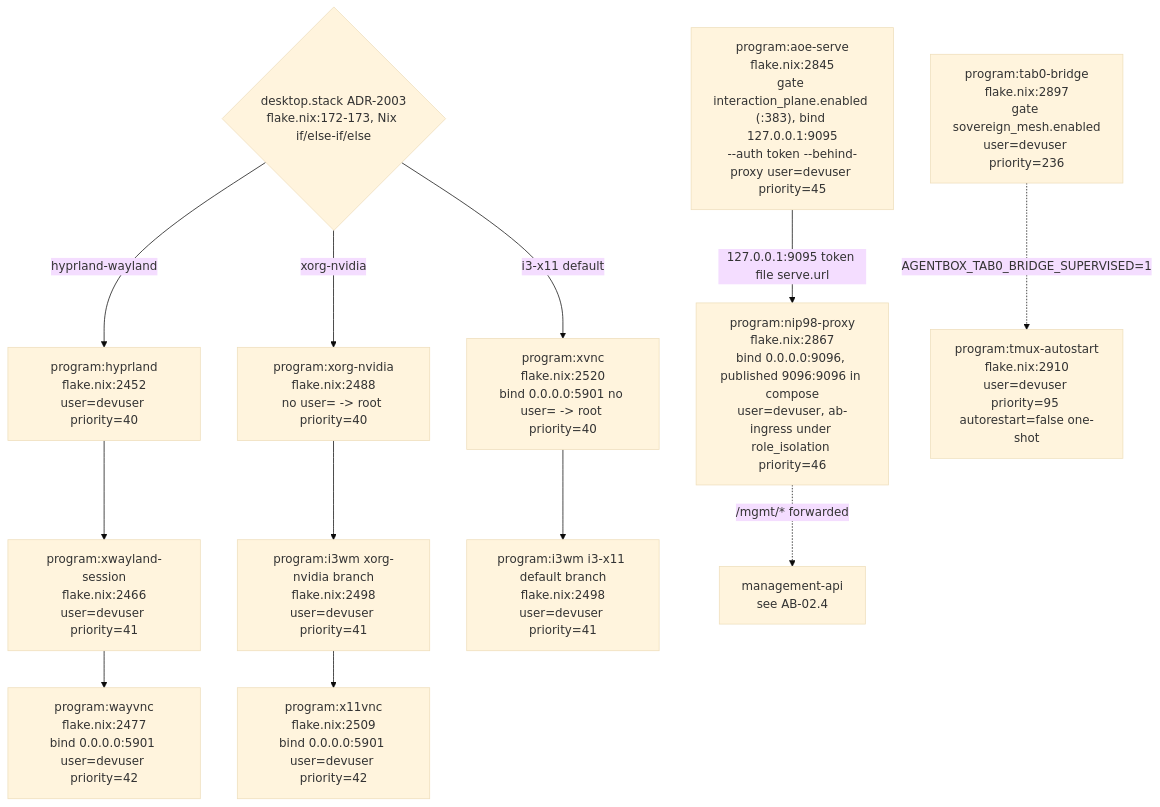
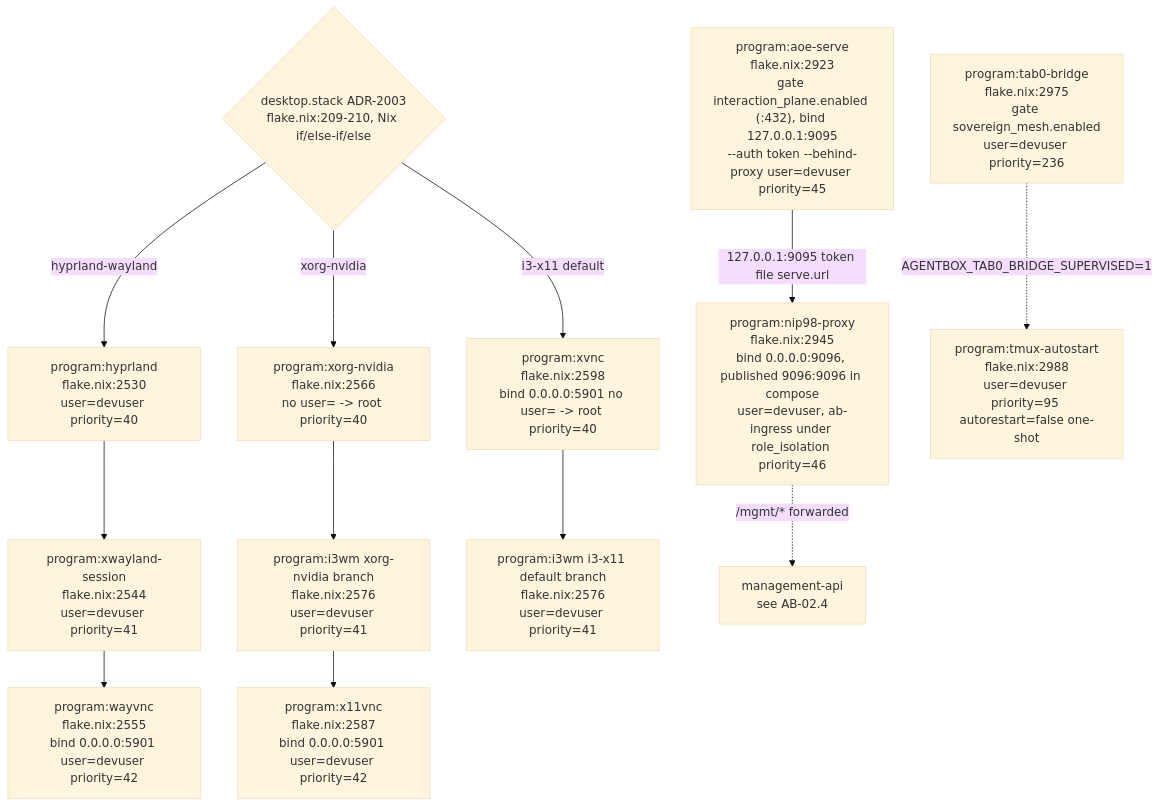
One commit to DreamLab-AI/VisionFlow changed the sixth of 21 diagrams in docs/diagrams/agentbox/02-boot-sequence-and-readiness.md. Above: the diagram before and after it, drawn with Mermaid (base theme). The commit also changed other lines of this file and 160 other files, not shown here.

````diff
--- a/docs/diagrams/agentbox/02-boot-sequence-and-readiness.md
+++ b/docs/diagrams/agentbox/02-boot-sequence-and-readiness.md
@@ -301,23 +322,23 @@
 ```mermaid
 flowchart TB
-    GATESTACK{"desktop.stack ADR-2003<br/>flake.nix:172-173, Nix if/else-if/else"}
-    HYPR["program:hyprland<br/>flake.nix:2452<br/>user=devuser priority=40"]
-    XWAY["program:xwayland-session<br/>flake.nix:2466<br/>user=devuser priority=41"]
-    WAYVNC["program:wayvnc<br/>flake.nix:2477<br/>bind 0.0.0.0:5901 user=devuser priority=42"]
-    XORG["program:xorg-nvidia<br/>flake.nix:2488<br/>no user= -&gt; root priority=40"]
-    I3A["program:i3wm xorg-nvidia branch<br/>flake.nix:2498<br/>user=devuser priority=41"]
-    X11VNC["program:x11vnc<br/>flake.nix:2509<br/>bind 0.0.0.0:5901 user=devuser priority=42"]
-    XVNC["program:xvnc<br/>flake.nix:2520<br/>bind 0.0.0.0:5901 no user= -&gt; root priority=40"]
-    I3B["program:i3wm i3-x11 default branch<br/>flake.nix:2498<br/>user=devuser priority=41"]
-    AOE["program:aoe-serve<br/>flake.nix:2845<br/>gate interaction_plane.enabled (:383), bind 127.0.0.1:9095<br/>--auth token --behind-proxy user=devuser priority=45"]
-    NIP98["program:nip98-proxy<br/>flake.nix:2867<br/>bind 0.0.0.0:9096, published 9096:9096 in compose<br/>user=devuser, ab-ingress under role_isolation priority=46"]
-    TAB0["program:tab0-bridge<br/>flake.nix:2897<br/>gate sovereign_mesh.enabled<br/>user=devuser priority=236"]
-    TMUX["program:tmux-autostart<br/>flake.nix:2910<br/>user=devuser priority=95 autorestart=false one-shot"]
+    GATESTACK{"desktop.stack ADR-2003<br/>flake.nix:209-210, Nix if/else-if/else"}
+    HYPR["program:hyprland<br/>flake.nix:2530<br/>user=devuser priority=40"]
+    XWAY["program:xwayland-session<br/>flake.nix:2544<br/>user=devuser priority=41"]
+    WAYVNC["program:wayvnc<br/>flake.nix:2555<br/>bind 0.0.0.0:5901 user=devuser priority=42"]
+    XORG["program:xorg-nvidia<br/>flake.nix:2566<br/>no user= -&gt; root priority=40"]
+    I3A["program:i3wm xorg-nvidia branch<br/>flake.nix:2576<br/>user=devuser priority=41"]
+    X11VNC["program:x11vnc<br/>flake.nix:2587<br/>bind 0.0.0.0:5901 user=devuser priority=42"]
+    XVNC["program:xvnc<br/>flake.nix:2598<br/>bind 0.0.0.0:5901 no user= -&gt; root priority=40"]
+    I3B["program:i3wm i3-x11 default branch<br/>flake.nix:2576<br/>user=devuser priority=41"]
+    AOE["program:aoe-serve<br/>flake.nix:2923<br/>gate interaction_plane.enabled (:432), bind 127.0.0.1:9095<br/>--auth token --behind-proxy user=devuser priority=45"]
+    NIP98["program:nip98-proxy<br/>flake.nix:2945<br/>bind 0.0.0.0:9096, published 9096:9096 in compose<br/>user=devuser, ab-ingress under role_isolation priority=46"]
+    TAB0["program:tab0-bridge<br/>flake.nix:2975<br/>gate sovereign_mesh.enabled<br/>user=devuser priority=236"]
+    TMUX["program:tmux-autostart<br/>flake.nix:2988<br/>user=devuser priority=95 autorestart=false one-shot"]
 
     GATESTACK -->|"hyprland-wayland"| HYPR --> XWAY --> WAYVNC
     GATESTACK -->|"xorg-nvidia"| XORG --> I3A --> X11VNC
     GATESTACK -->|"i3-x11 default"| XVNC --> I3B
     AOE -->|"127.0.0.1:9095 token file serve.url"| NIP98
     NIP98 -.->|"/mgmt/* forwarded"| MGMTREF["management-api<br/>see AB-02.4"]
     TAB0 -.->|"AGENTBOX_TAB0_BRIDGE_SUPERVISED=1"| TMUX
 ```
````
